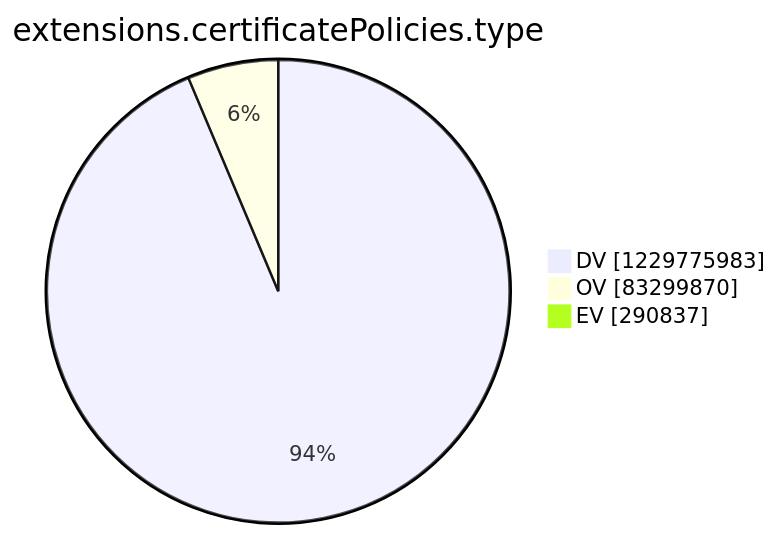
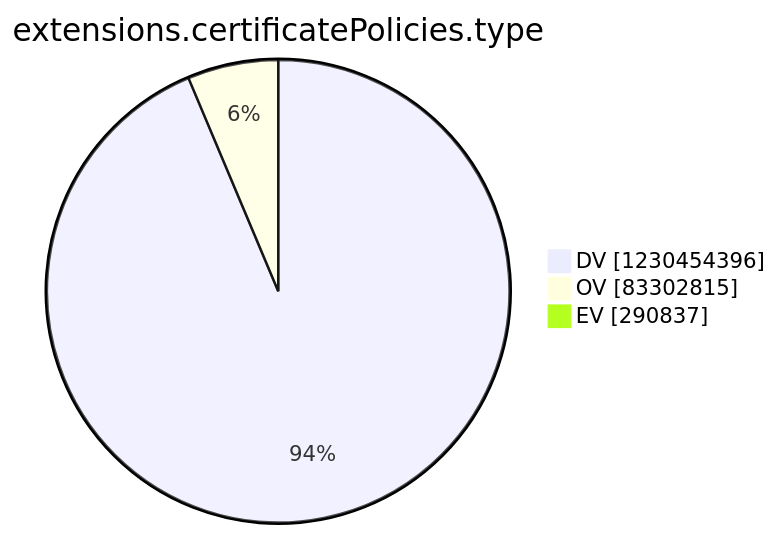
One commit to christiankrug/ctmonitor_visualization changed the tenth of 15 diagrams in argon2022/README.md. Above: the diagram before and after it, drawn with Mermaid. The commit also changed other lines of this file, not shown here.

````diff
--- a/argon2022/README.md
+++ b/argon2022/README.md
@@ -2770,7 +2770,7 @@
 ```mermaid
 pie showData
 title extensions.certificatePolicies.type
-"DV" :1229775983
-"OV" :83299870
+"DV" :1230454396
+"OV" :83302815
 "EV" :290837
 ```
````
